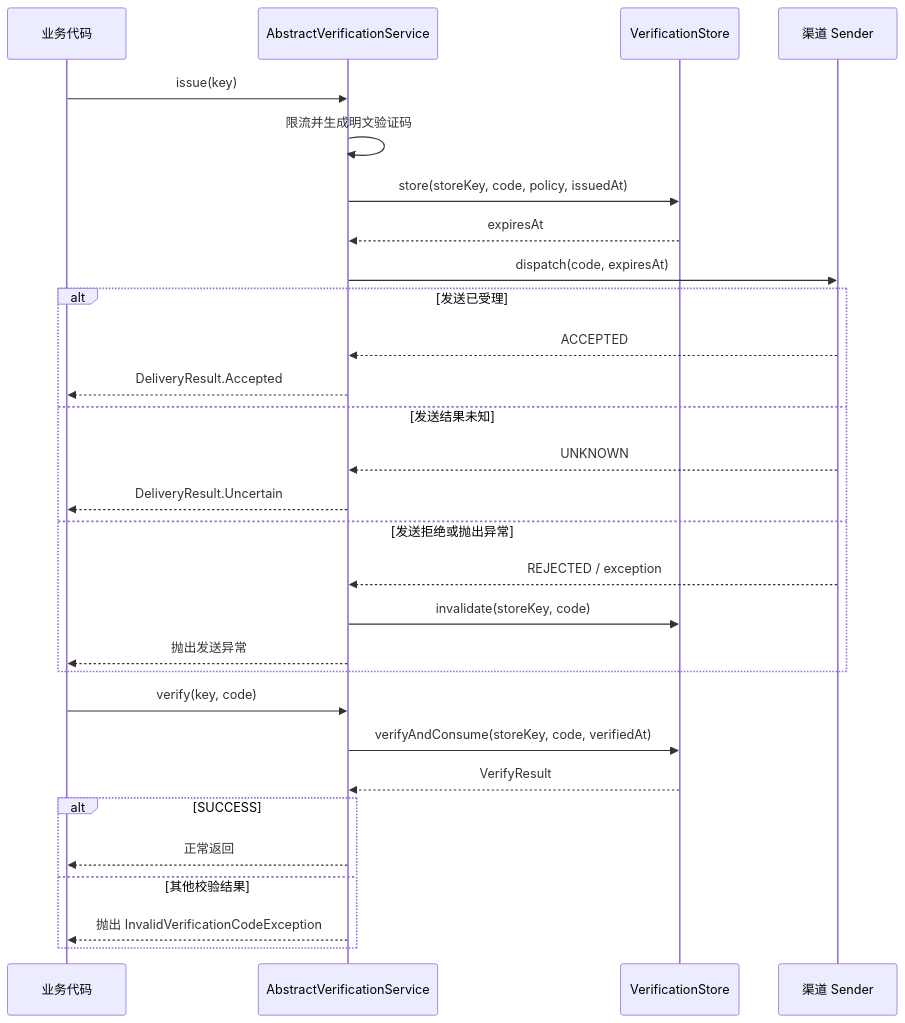
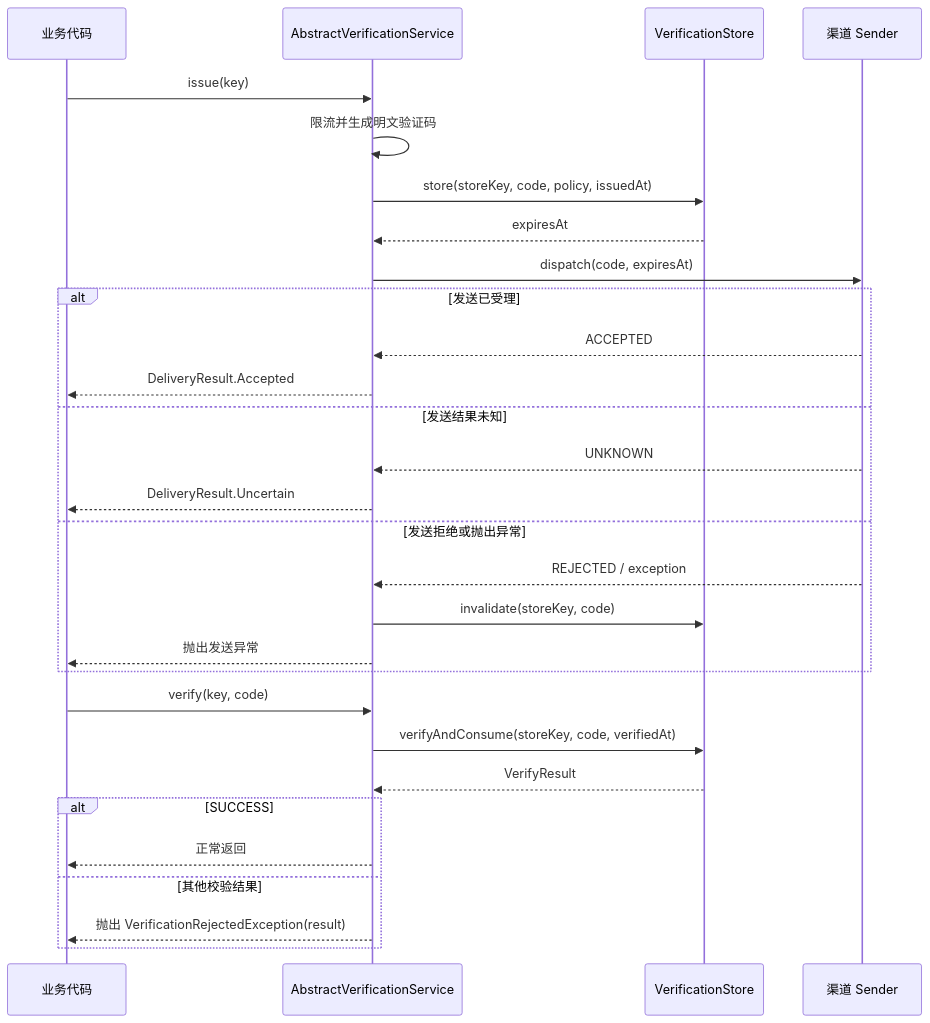
One commit to RingoTangs/ringo-boot changed the second of 3 diagrams in ringo-boot-verification/src/main/java/io/github/ringotangs/ringoboot/verification/store/README.md. Above: the diagram before and after it, drawn with Mermaid. The commit also changed other lines of this file and 10 other files, not shown here.

Commit message:
refactor: replace InvalidVerificationCodeException with VerificationRejectedException for improved error handling

````diff
--- a/ringo-boot-verification/src/main/java/io/github/ringotangs/ringoboot/verification/store/README.md
+++ b/ringo-boot-verification/src/main/java/io/github/ringotangs/ringoboot/verification/store/README.md
@@ -126,33 +126,33 @@
 ```mermaid
 sequenceDiagram
     participant App as 业务代码
     participant Service as AbstractVerificationService
     participant Store as VerificationStore
     participant Sender as 渠道 Sender
 
     App->>Service: issue(key)
     Service->>Service: 限流并生成明文验证码
     Service->>Store: store(storeKey, code, policy, issuedAt)
     Store-->>Service: expiresAt
     Service->>Sender: dispatch(code, expiresAt)
     alt 发送已受理
         Sender-->>Service: ACCEPTED
         Service-->>App: DeliveryResult.Accepted
     else 发送结果未知
         Sender-->>Service: UNKNOWN
         Service-->>App: DeliveryResult.Uncertain
     else 发送拒绝或抛出异常
         Sender-->>Service: REJECTED / exception
         Service->>Store: invalidate(storeKey, code)
         Service-->>App: 抛出发送异常
     end
 
     App->>Service: verify(key, code)
     Service->>Store: verifyAndConsume(storeKey, code, verifiedAt)
     Store-->>Service: VerifyResult
     alt SUCCESS
         Service-->>App: 正常返回
     else 其他校验结果
-        Service-->>App: 抛出 InvalidVerificationCodeException
+        Service-->>App: 抛出 VerificationRejectedException(result)
     end
 ```
````
